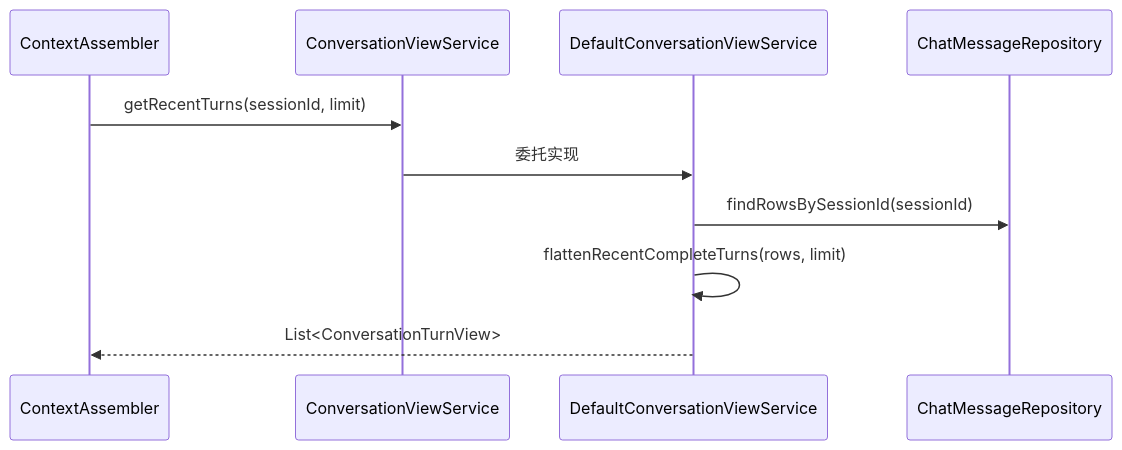
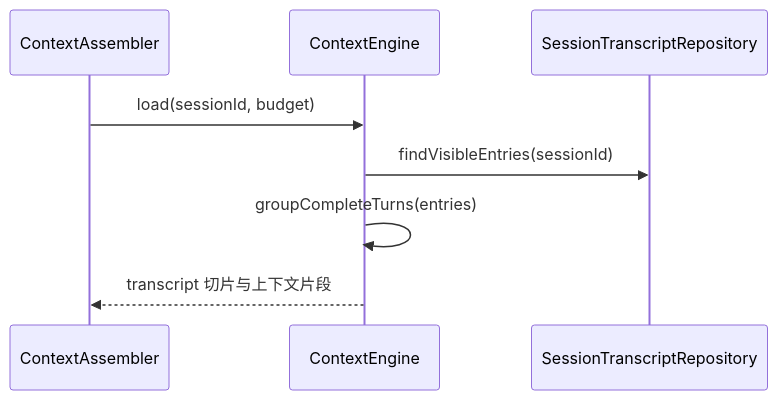
The second of 3 diagrams in docs/architecture/conversation.md (ntygod/LifePilot), drawn with Mermaid before and after one commit. The commit also changed other lines of this file and 576 other files, not shown here.

````diff
--- a/docs/architecture/conversation.md
+++ b/docs/architecture/conversation.md
@@ -90,13 +86,11 @@
 ```mermaid
 sequenceDiagram
     participant CA as ContextAssembler
-    participant CVS as ConversationViewService
-    participant DCS as DefaultConversationViewService
-    participant Repo as ChatMessageRepository
+    participant CE as ContextEngine
+    participant Repo as SessionTranscriptRepository
 
-    CA->>CVS: getRecentTurns(sessionId, limit)
-    CVS->>DCS: 委托实现
-    DCS->>Repo: findRowsBySessionId(sessionId)
-    DCS->>DCS: flattenRecentCompleteTurns(rows, limit)
-    DCS-->>CA: List<ConversationTurnView>
+    CA->>CE: load(sessionId, budget)
+    CE->>Repo: findVisibleEntries(sessionId)
+    CE->>CE: groupCompleteTurns(entries)
+    CE-->>CA: transcript 切片与上下文片段
 ```
````
